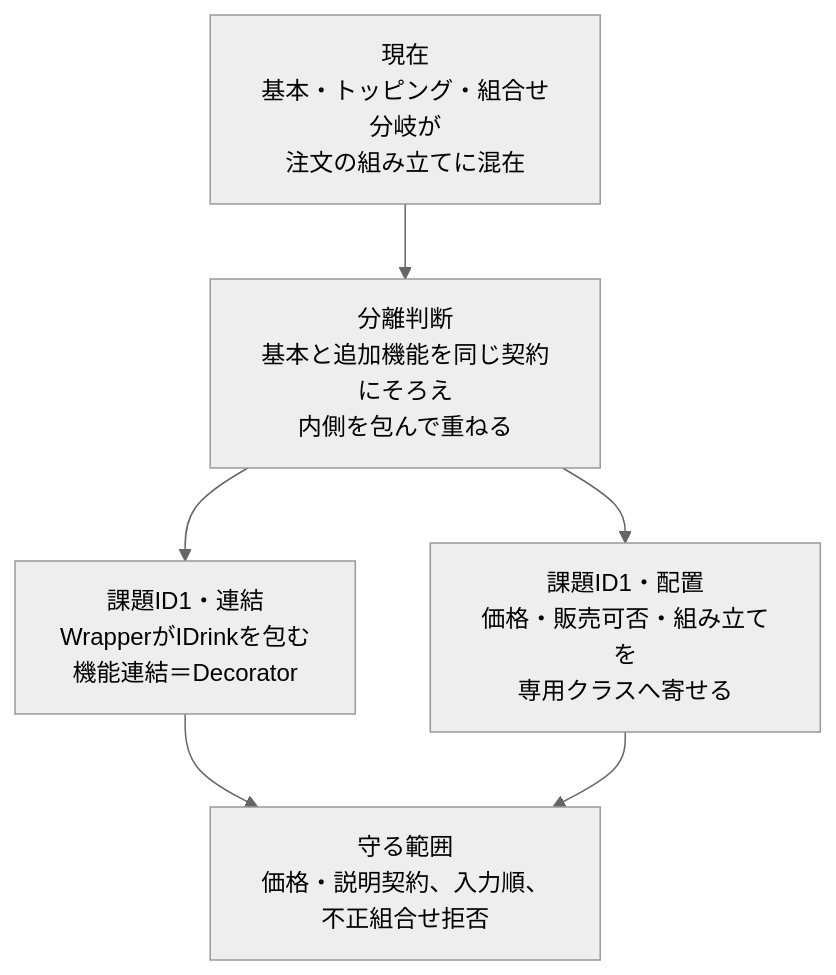
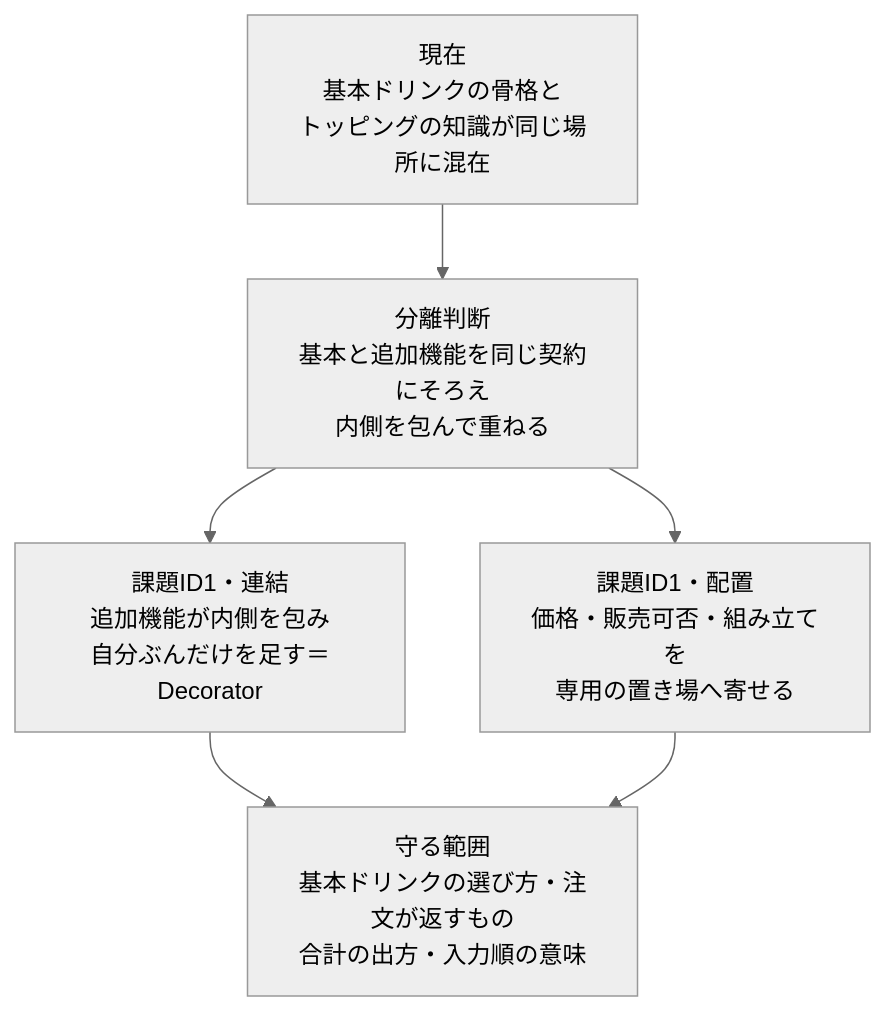
The seventh of 18 diagrams in kindle/design-patterns/output/chapter06.md (kumachan1101-pixel/DesignPattern), drawn with Mermaid (neutral theme) before and after one commit. The commit also changed other lines of this file and 3 other files, not shown here.

````diff
--- a/kindle/design-patterns/output/chapter06.md
+++ b/kindle/design-patterns/output/chapter06.md
@@ -1217,8 +1217,8 @@
 ```mermaid
 flowchart TB
-    A[現在<br/>基本・トッピング・組合せ分岐が<br/>注文の組み立てに混在] --> B[分離判断<br/>基本と追加機能を同じ契約にそろえ<br/>内側を包んで重ねる]
-    B --> C[課題ID1・連結<br/>WrapperがIDrinkを包む<br/>機能連結＝Decorator]
-    B --> D[課題ID1・配置<br/>価格・販売可否・組み立てを<br/>専用クラスへ寄せる]
-    C --> E[守る範囲<br/>価格・説明契約、入力順、不正組合せ拒否]
+    A[現在<br/>基本ドリンクの骨格と<br/>トッピングの知識が同じ場所に混在] --> B[分離判断<br/>基本と追加機能を同じ契約にそろえ<br/>内側を包んで重ねる]
+    B --> C[課題ID1・連結<br/>追加機能が内側を包み<br/>自分ぶんだけを足す＝Decorator]
+    B --> D[課題ID1・配置<br/>価格・販売可否・組み立てを<br/>専用の置き場へ寄せる]
+    C --> E[守る範囲<br/>基本ドリンクの選び方・注文が返すもの<br/>合計の出方・入力順の意味]
     D --> E
 ```
````
